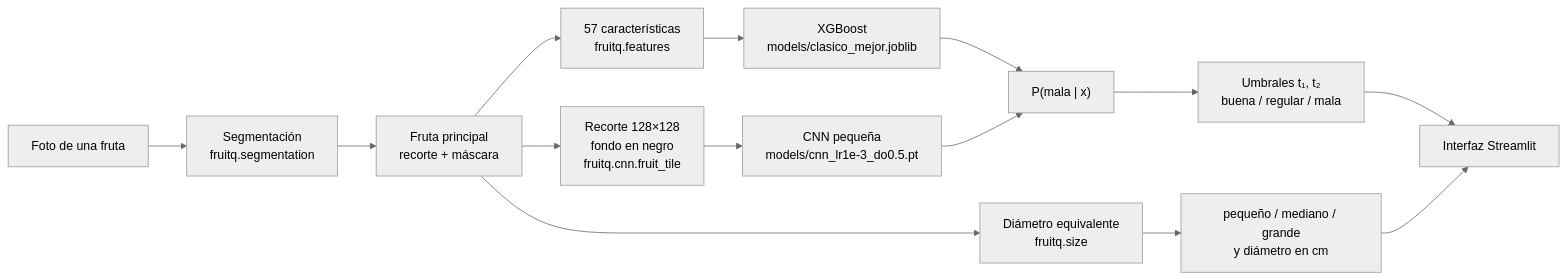
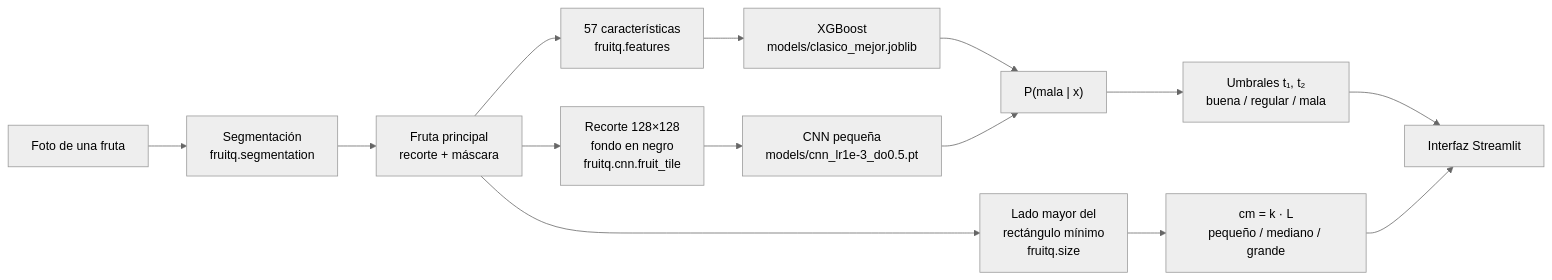
The diagram in docs/arquitectura.md (KOTE3/proyectoFinalAPOIII), drawn with Mermaid (neutral theme) before and after one commit. The commit also changed other lines of this file and 13 other files, not shown here.

````diff
--- a/docs/arquitectura.md
+++ b/docs/arquitectura.md
@@ -5,16 +5,16 @@
 ```mermaid
 flowchart LR
     A[Foto de una fruta] --> B[Segmentación<br/>fruitq.segmentation]
     B --> C[Fruta principal<br/>recorte + máscara]
     C --> D[57 características<br/>fruitq.features]
     C --> E[Recorte 128×128<br/>fondo en negro<br/>fruitq.cnn.fruit_tile]
     D --> F[XGBoost<br/>models/clasico_mejor.joblib]
     E --> G[CNN pequeña<br/>models/cnn_lr1e-3_do0.5.pt]
     F --> H["P(mala | x)"]
     G --> H
     H --> I[Umbrales t₁, t₂<br/>buena / regular / mala]
-    C --> J[Diámetro equivalente<br/>fruitq.size]
-    J --> K[pequeño / mediano / grande<br/>y diámetro en cm]
+    C --> J[Lado mayor del<br/>rectángulo mínimo<br/>fruitq.size]
+    J --> K[cm = k · L<br/>pequeño / mediano / grande]
     I --> L[Interfaz Streamlit]
     K --> L
 ```
````
